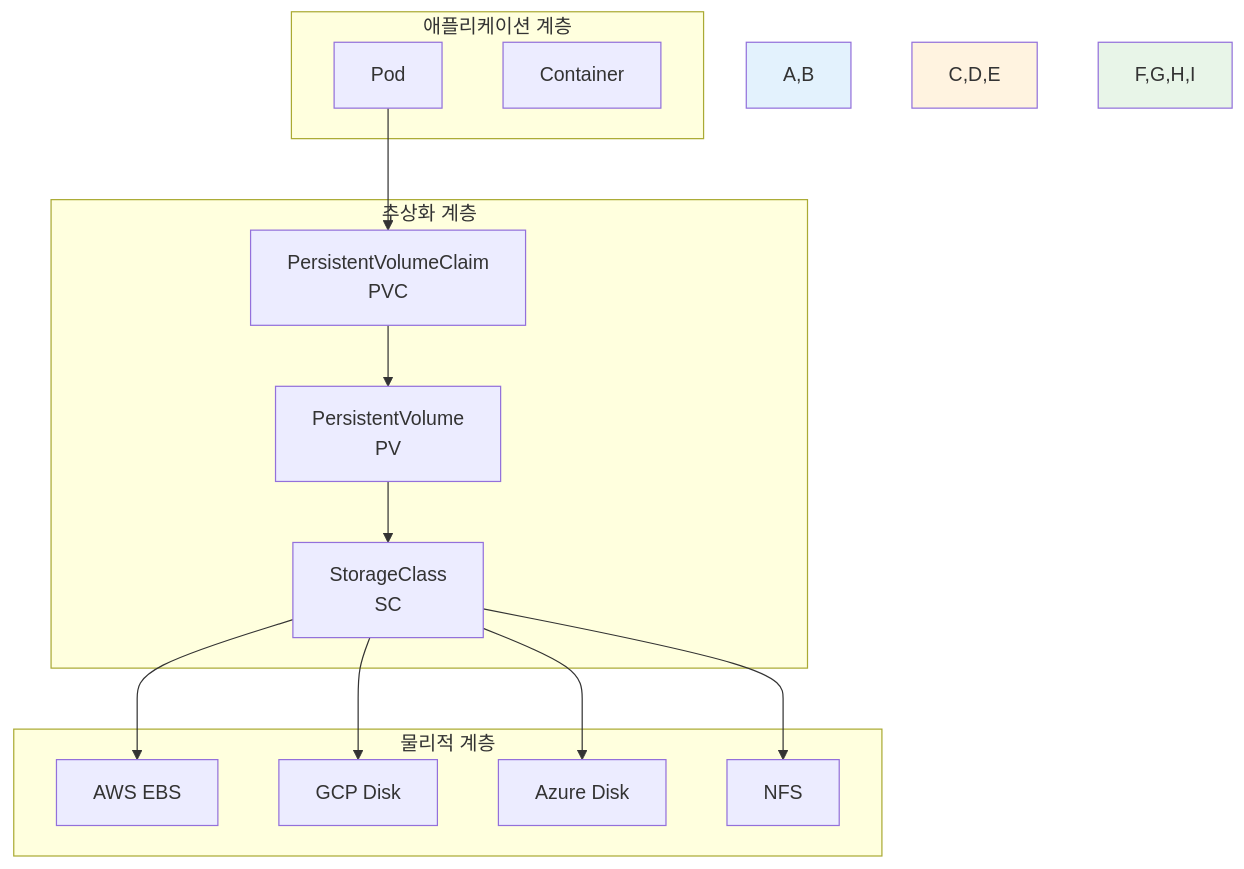
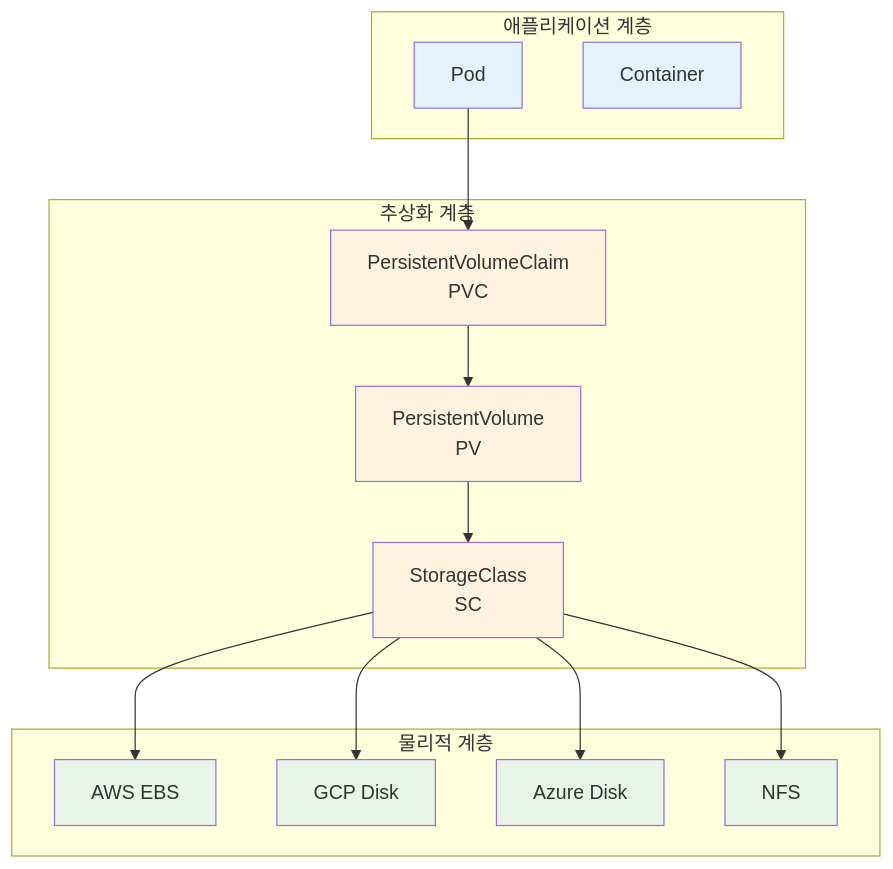
The second of 4 diagrams in theory/week_03/day3/session_3.md (niceguy61/kdt_devops_lecture_2025), drawn with Mermaid before and after one commit. The commit also changed 2 other files, not shown here.

Commit message:
mermaid update

````diff
--- a/theory/week_03/day3/session_3.md
+++ b/theory/week_03/day3/session_3.md
@@ -68,32 +68,38 @@
 ```mermaid
 graph TB
     subgraph "애플리케이션 계층"
         A[Pod]
         B[Container]
     end
     
     subgraph "추상화 계층"
         C[PersistentVolumeClaim<br/>PVC]
         D[PersistentVolume<br/>PV]
         E[StorageClass<br/>SC]
     end
     
     subgraph "물리적 계층"
         F[AWS EBS]
         G[GCP Disk]
         H[Azure Disk]
         I[NFS]
     end
     
     A --> C
     C --> D
     D --> E
     E --> F
     E --> G
     E --> H
     E --> I
     
-    style A,B fill:#e3f2fd
-    style C,D,E fill:#fff3e0
-    style F,G,H,I fill:#e8f5e8
+    style A fill:#e3f2fd
+    style B fill:#e3f2fd
+    style C fill:#fff3e0
+    style D fill:#fff3e0
+    style E fill:#fff3e0
+    style F fill:#e8f5e8
+    style G fill:#e8f5e8
+    style H fill:#e8f5e8
+    style I fill:#e8f5e8
 ```
````
